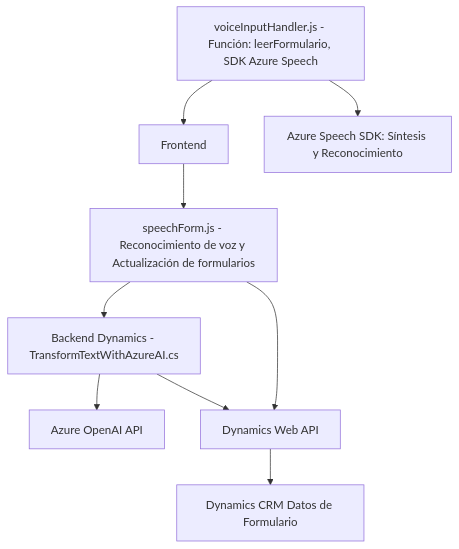
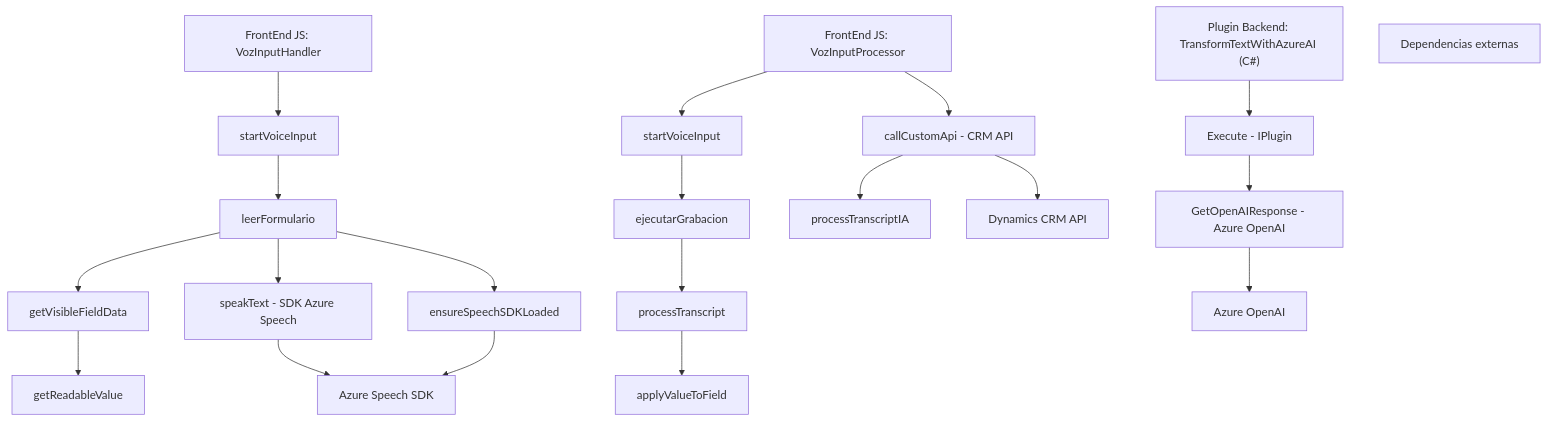
One commit to blopezdm/NETCORE_BILBAO2025 changed the diagram in README.md. Above: the diagram before and after it, drawn with Mermaid. The commit also changed other lines of this file, not shown here.

````diff
--- a/README.md
+++ b/README.md
@@ -52,11 +45,43 @@
 ```mermaid
 graph TD
-    A["voiceInputHandler.js - Función: leerFormulario, SDK Azure Speech"] --> B["Frontend"]
-    B --> C["speechForm.js - Reconocimiento de voz y Actualización de formularios"]
-    C --> D["Backend Dynamics - TransformTextWithAzureAI.cs"]
-    D --> E["Azure OpenAI API"]
-    A --> F["Azure Speech SDK: Síntesis y Reconocimiento"]
-    D --> G["Dynamics Web API"]
-    C --> G
-    G --> H["Dynamics CRM Datos de Formulario"]
+    A["FrontEnd JS: VozInputHandler"]
+
+    A1["startVoiceInput"]
+    A2["leerFormulario"]
+    A3["getVisibleFieldData"]
+    A4["getReadableValue"]
+    A5["speakText - SDK Azure Speech"]
+    A6["ensureSpeechSDKLoaded"]
+
+    A --> A1 --> A2 --> A3 --> A4
+    A2 --> A5
+    A2 --> A6
+
+    B["FrontEnd JS: VozInputProcessor"]
+
+    B1["startVoiceInput"]
+    B2["ejecutarGrabacion"]
+    B3["callCustomApi - CRM API"]
+    B4["processTranscript"]
+    B5["applyValueToField"]
+    B6["processTranscriptIA"]
+
+    B --> B1 --> B2 --> B4 --> B5
+    B --> B3 --> B6
+
+    C["Plugin Backend: TransformTextWithAzureAI (C#)"]
+
+    C1["Execute - IPlugin"]
+    C2["GetOpenAIResponse - Azure OpenAI"]
+    C --> C1 --> C2
+
+    D["Dependencias externas"]
+    D1["Azure Speech SDK"]
+    D2["Azure OpenAI"]
+    D3["Dynamics CRM API"]
+    
+    A5 --> D1
+    A6 --> D1
+    B3 --> D3
+    C2 --> D2
 ```
````
